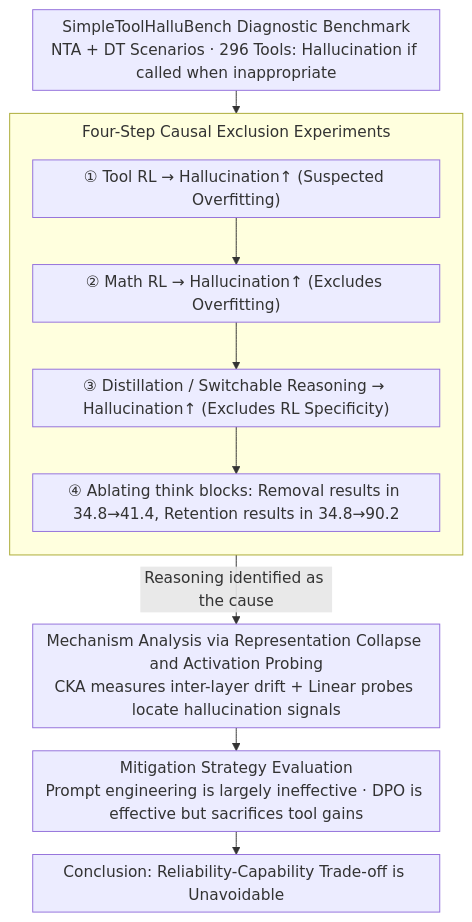
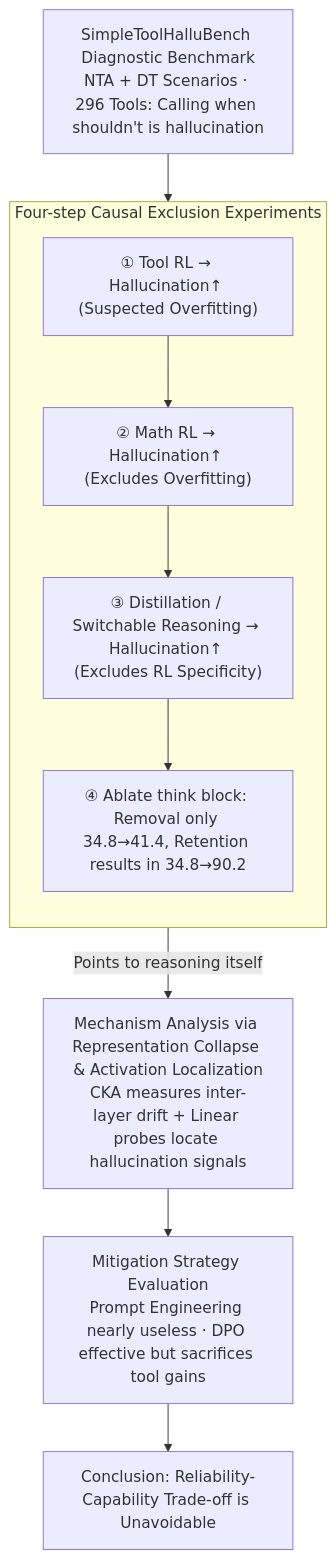
Before and after one commit to zhaoyang97/Paper-Notes-en: the diagram in docs/ACL2026/hallucination/the_reasoning_trap_how_enhancing_llm_reasoning_amplifies_tool_hallucination.md, drawn with Mermaid. The commit also changed other lines of this file and 5084 other files, not shown here.

````diff
--- a/docs/ACL2026/hallucination/the_reasoning_trap_how_enhancing_llm_reasoning_amplifies_tool_hallucination.md
+++ b/docs/ACL2026/hallucination/the_reasoning_trap_how_enhancing_llm_reasoning_amplifies_tool_hallucination.md
@@ -45,15 +45,14 @@
 ```mermaid
-%%{init: {'flowchart': {'rankSpacing': 24, 'nodeSpacing': 28, 'padding': 6, 'wrappingWidth': 400, 'subGraphTitleMargin': {'top': 8, 'bottom': 16}}}}%%
-flowchart TD
-    A["SimpleToolHalluBench Diagnostic Benchmark<br/>NTA + DT Scenarios · 296 Tools: Hallucination if called when inappropriate"]
+graph TD
+    A["SimpleToolHalluBench Diagnostic Benchmark<br/>NTA + DT Scenarios · 296 Tools: Calling when shouldn't is hallucination"]
     A --> S
-    subgraph S["Four-Step Causal Exclusion Experiments"]
+    subgraph S["Four-step Causal Exclusion Experiments"]
         direction TB
         B1["① Tool RL → Hallucination↑ (Suspected Overfitting)"] --> B2["② Math RL → Hallucination↑ (Excludes Overfitting)"]
         B2 --> B3["③ Distillation / Switchable Reasoning → Hallucination↑ (Excludes RL Specificity)"]
-        B3 --> B4["④ Ablating think blocks: Removal results in 34.8→41.4, Retention results in 34.8→90.2"]
+        B3 --> B4["④ Ablate think block: Removal only 34.8→41.4, Retention results in 34.8→90.2"]
     end
-    S -->|Reasoning identified as the cause| C["Mechanism Analysis via Representation Collapse and Activation Probing<br/>CKA measures inter-layer drift + Linear probes locate hallucination signals"]
-    C --> D["Mitigation Strategy Evaluation<br/>Prompt engineering is largely ineffective · DPO is effective but sacrifices tool gains"]
+    S -->|Points to reasoning itself| C["Mechanism Analysis via Representation Collapse & Activation Localization<br/>CKA measures inter-layer drift + Linear probes locate hallucination signals"]
+    C --> D["Mitigation Strategy Evaluation<br/>Prompt Engineering nearly useless · DPO effective but sacrifices tool gains"]
     D --> E["Conclusion: Reliability-Capability Trade-off is Unavoidable"]
 ```
````
